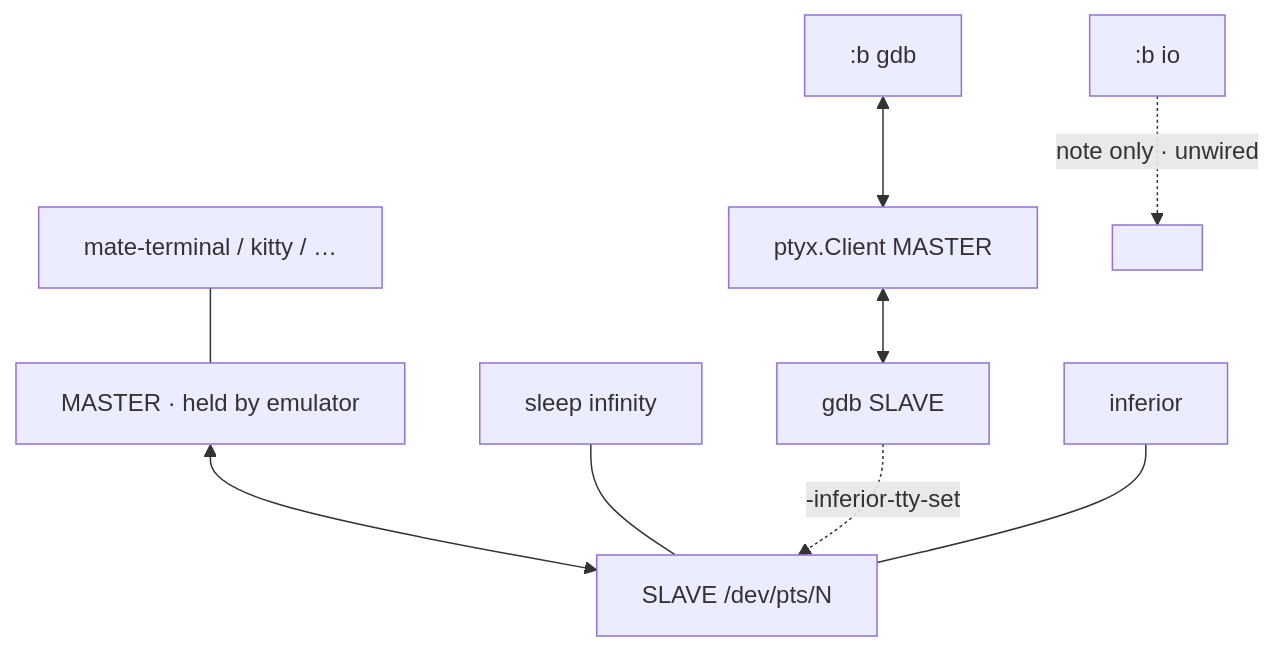
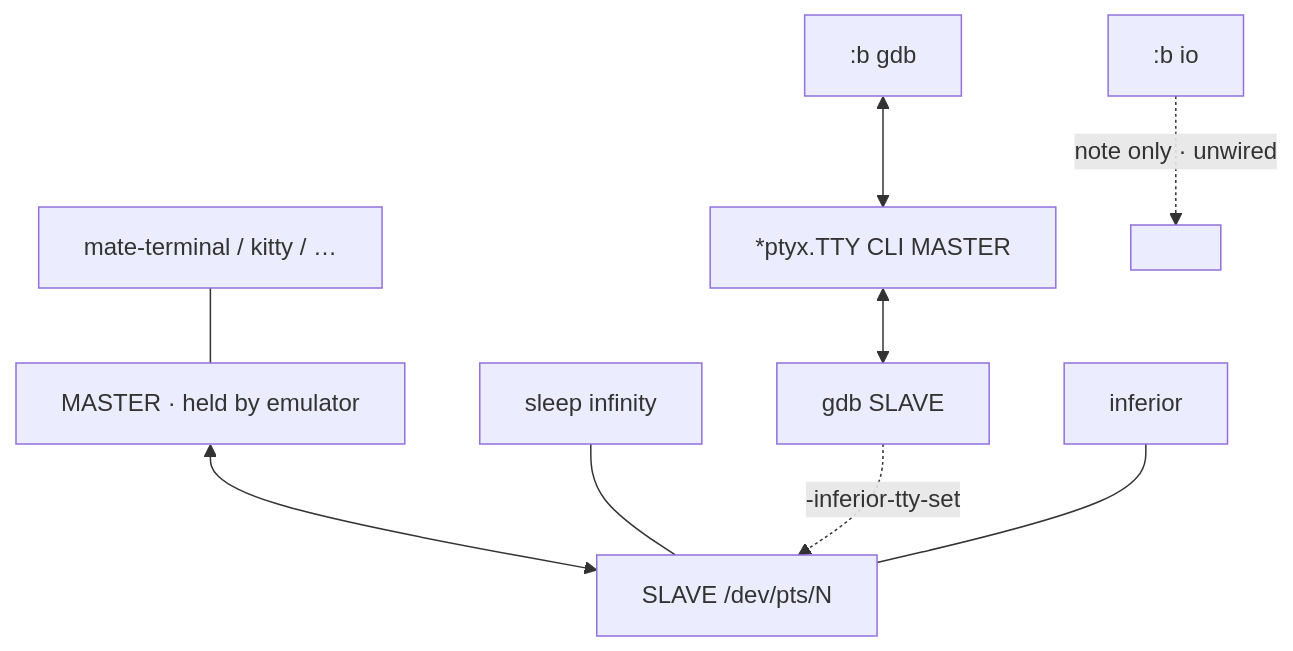
The third of 5 diagrams in docs/PTY_ARCHITECTURE.md (yairgd/gdbforge), drawn with Mermaid before and after one commit. The commit also changed other lines of this file and 243 other files, not shown here.

````diff
--- a/docs/PTY_ARCHITECTURE.md
+++ b/docs/PTY_ARCHITECTURE.md
@@ -183,14 +243,14 @@
 ```mermaid
 flowchart TB
-  GDBW[":b gdb"] <--> M1["ptyx.Client MASTER"]
+  GDBW[":b gdb"] <--> M1["*ptyx.TTY CLI MASTER"]
   M1 <--> GDB["gdb SLAVE"]
 
   Term["mate-terminal / kitty / …"]
   Term --- Mext["MASTER · held by emulator"]
   Mext <--> Sext["SLAVE /dev/pts/N"]
   Hold["sleep infinity"] --- Sext
   GDB -.->|"-inferior-tty-set"| Sext
   Prog["inferior"] --- Sext
 
   IOW[":b io"] -.->|"note only · unwired"| X[ ]
 ```
````
